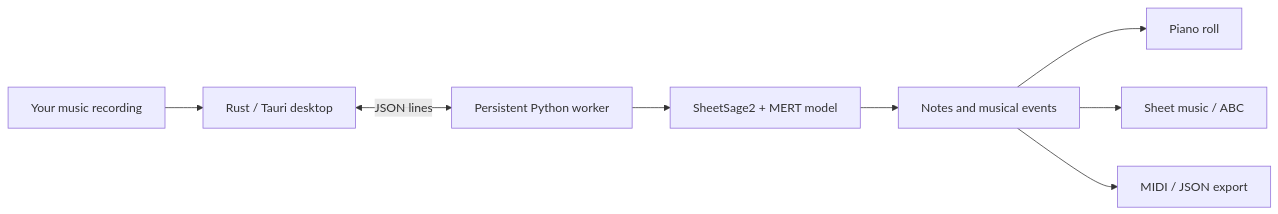
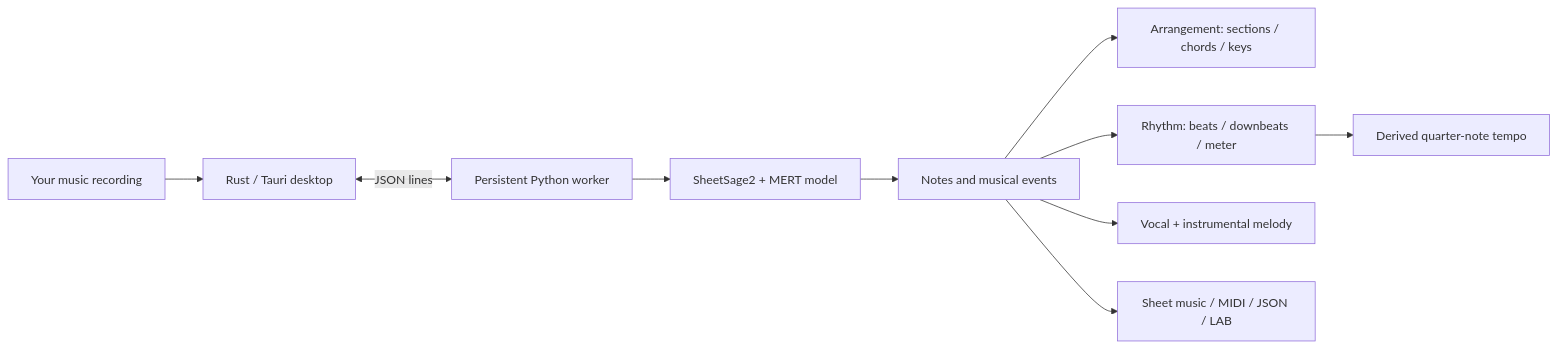
The diagram in README.md (quangng2000/sheetsage-studio), drawn with Mermaid before and after one commit. The commit also changed other lines of this file and 18 other files, not shown here.

````diff
--- a/README.md
+++ b/README.md
@@ -5,10 +5,12 @@
 ```mermaid
 flowchart LR
     A[Your music recording] --> B[Rust / Tauri desktop]
     B <-->|JSON lines| C[Persistent Python worker]
     C --> D[SheetSage2 + MERT model]
     D --> E[Notes and musical events]
-    E --> F[Piano roll]
-    E --> G[Sheet music / ABC]
-    E --> H[MIDI / JSON export]
+    E --> F[Arrangement: sections / chords / keys]
+    E --> G[Rhythm: beats / downbeats / meter]
+    G --> T[Derived quarter-note tempo]
+    E --> M[Vocal + instrumental melody]
+    E --> H[Sheet music / MIDI / JSON / LAB]
 ```
````
